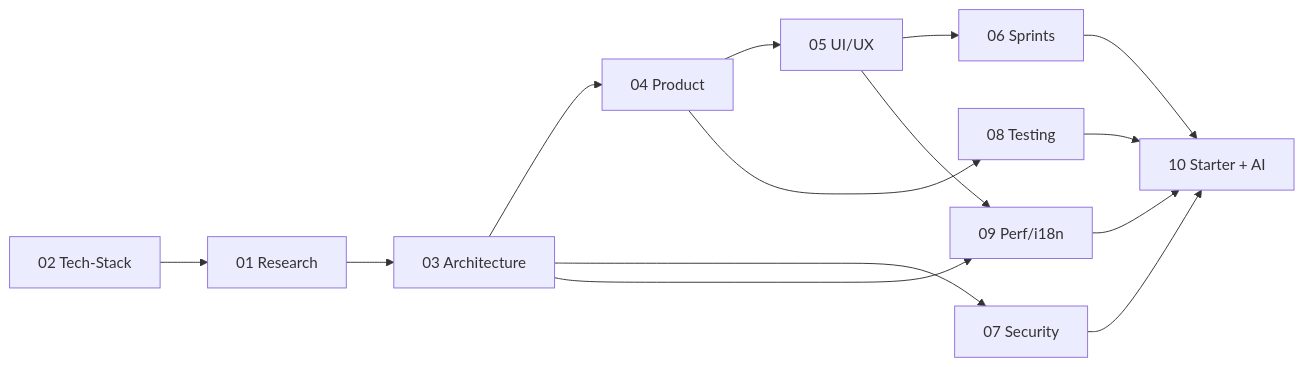
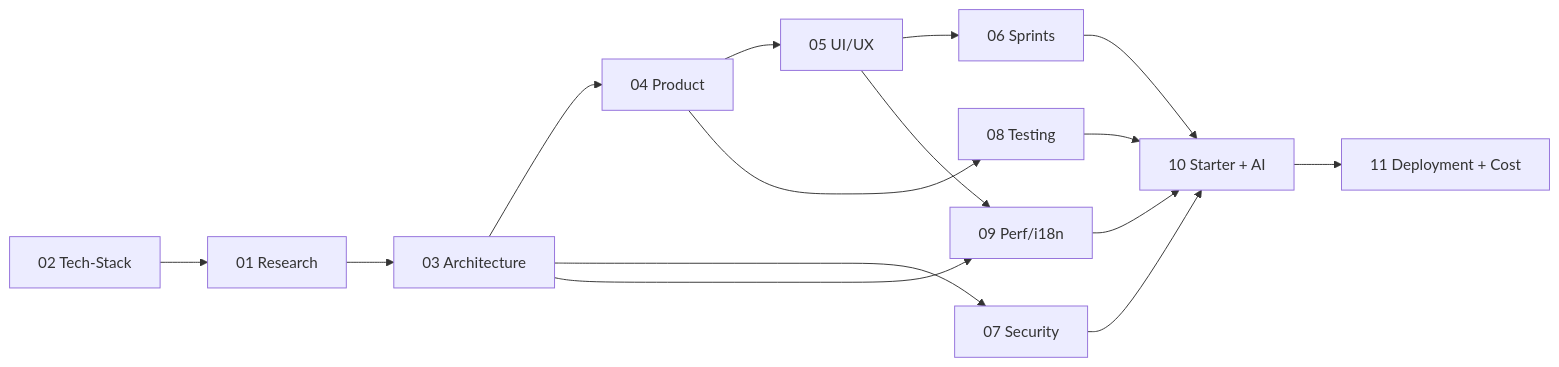
The diagram in AI/FrontendForge/MANIFEST.md (RajkishoreJena30/StudyNote), drawn with Mermaid before and after one commit. The commit also changed other lines of this file and 13 other files, not shown here.

````diff
--- a/AI/FrontendForge/MANIFEST.md
+++ b/AI/FrontendForge/MANIFEST.md
@@ -100,16 +103,17 @@
 ```mermaid
 flowchart LR
     T[02 Tech-Stack] --> R[01 Research]
     R --> A[03 Architecture]
     A --> P[04 Product]
     P --> U[05 UI/UX]
     U --> S[06 Sprints]
     A --> Sec[07 Security]
     P --> Test[08 Testing]
     A --> Perf[09 Perf/i18n]
     U --> Perf
     S --> Starter[10 Starter + AI]
     Sec --> Starter
     Test --> Starter
     Perf --> Starter
+    Starter --> Deploy[11 Deployment + Cost]
 ```
````
